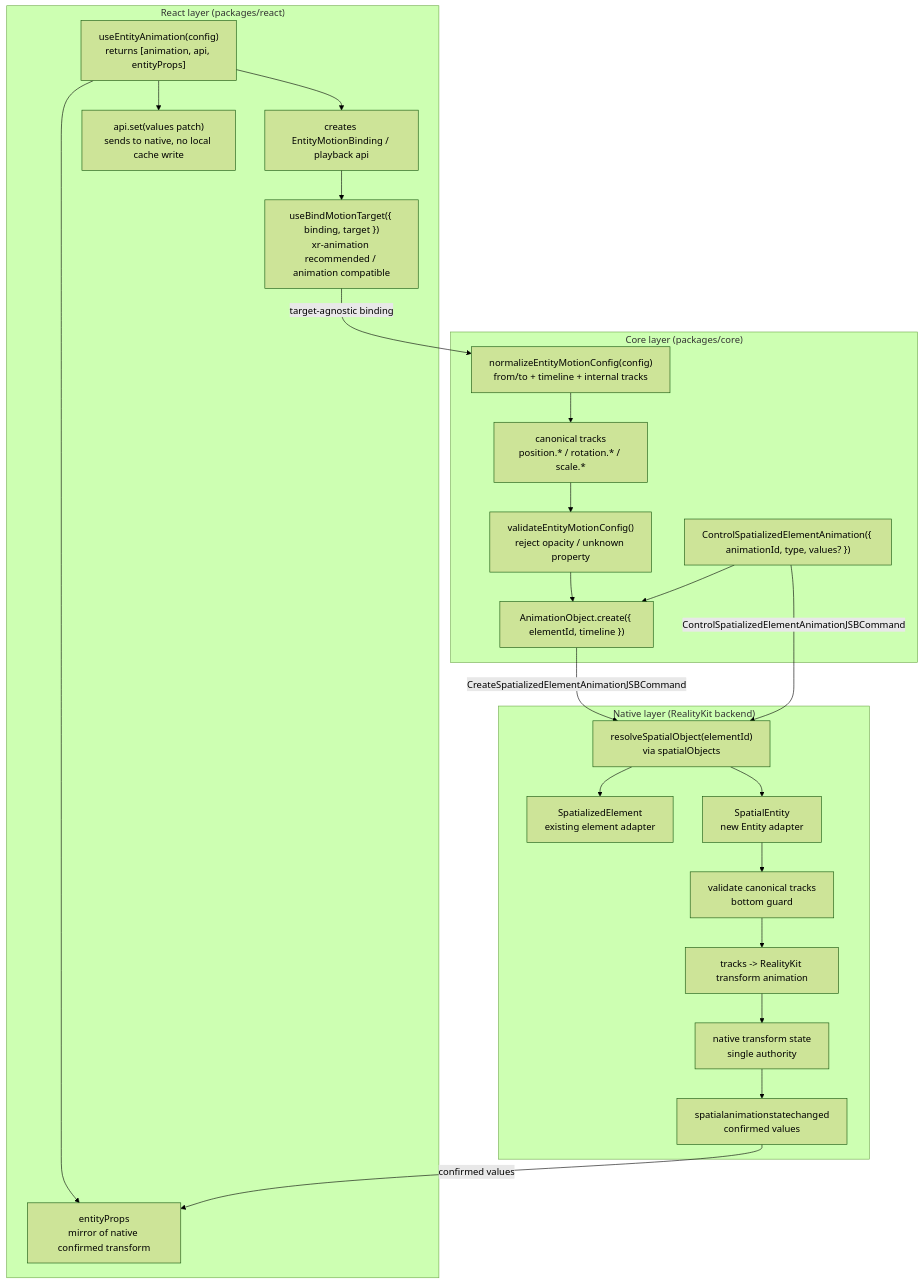
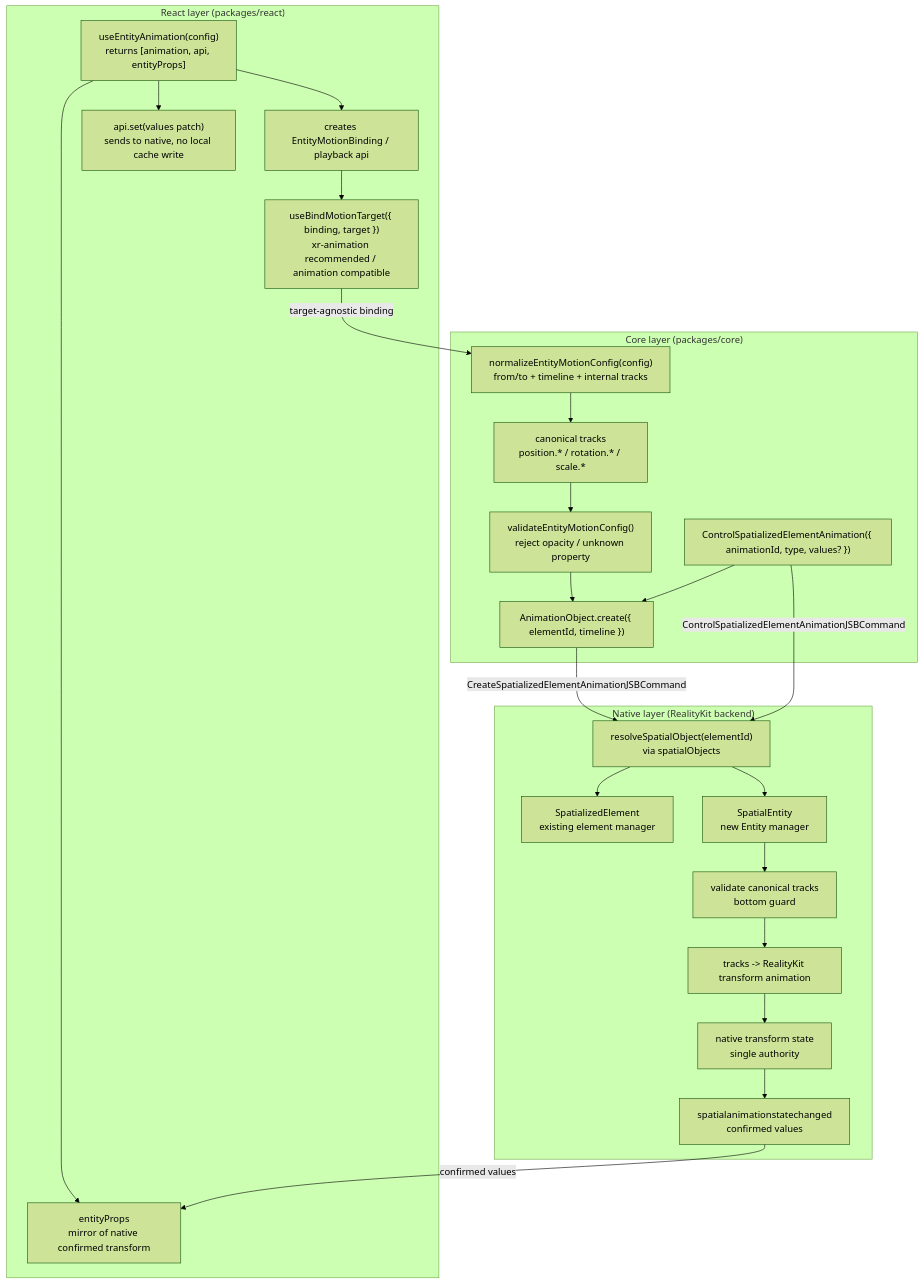
Before and after one commit to webspatial/webspatial-sdk: the first of 8 diagrams in openspec/changes/redesign-entity-motion-api/design.md, drawn with Mermaid (forest theme). The commit also changed other lines of this file and 3 other files, not shown here.

Commit message:
detail native arch diagram

````diff
--- a/openspec/changes/redesign-entity-motion-api/design.md
+++ b/openspec/changes/redesign-entity-motion-api/design.md
@@ -83,50 +83,50 @@
 ```mermaid
 flowchart TB
     subgraph React["React layer (packages/react)"]
         UseEntity["useEntityAnimation(config)<br/>returns [animation, api, entityProps]"]
         ReactBinding["creates EntityMotionBinding / playback api"]
         EntityProps["entityProps<br/>mirror of native confirmed transform"]
         ApiSet["api.set(values patch)<br/>sends to native, no local cache write"]
         BindTarget["useBindMotionTarget({ binding, target })<br/>xr-animation recommended / animation compatible"]
 
         UseEntity --> ReactBinding
         UseEntity --> EntityProps
         UseEntity --> ApiSet
         ReactBinding --> BindTarget
     end
 
     subgraph Core["Core layer (packages/core)"]
         Normalize["normalizeEntityMotionConfig(config)<br/>from/to + timeline + internal tracks"]
         Tracks["canonical tracks<br/>position.* / rotation.* / scale.*"]
         Validate["validateEntityMotionConfig()<br/>reject opacity / unknown property"]
         CreateObject["AnimationObject.create({ elementId, timeline })"]
         ControlObject["ControlSpatializedElementAnimation({ animationId, type, values? })"]
 
         Normalize --> Tracks
         Tracks --> Validate
         Validate --> CreateObject
         ControlObject --> CreateObject
     end
 
     subgraph Native["Native layer (RealityKit backend)"]
         Resolve["resolveSpatialObject(elementId)<br/>via spatialObjects"]
-        ElementAdapter["SpatializedElement<br/>existing element adapter"]
-        EntityAdapter["SpatialEntity<br/>new Entity adapter"]
+        ElementAdapter["SpatializedElement<br/>existing element manager"]
+        EntityManager["SpatialEntity<br/>new Entity manager"]
         NativeValidate["validate canonical tracks<br/>bottom guard"]
         Compile["tracks -> RealityKit transform animation"]
         Authority["native transform state<br/>single authority"]
         Event["spatialanimationstatechanged<br/>confirmed values"]
 
         Resolve --> ElementAdapter
-        Resolve --> EntityAdapter
-        EntityAdapter --> NativeValidate
+        Resolve --> EntityManager
+        EntityManager --> NativeValidate
         NativeValidate --> Compile
         Compile --> Authority
         Authority --> Event
     end
 
     BindTarget -->|"target-agnostic binding"| Normalize
     CreateObject -->|"CreateSpatializedElementAnimationJSBCommand"| Resolve
     ControlObject -->|"ControlSpatializedElementAnimationJSBCommand"| Resolve
     Event -->|"confirmed values"| EntityProps
 ```
````
